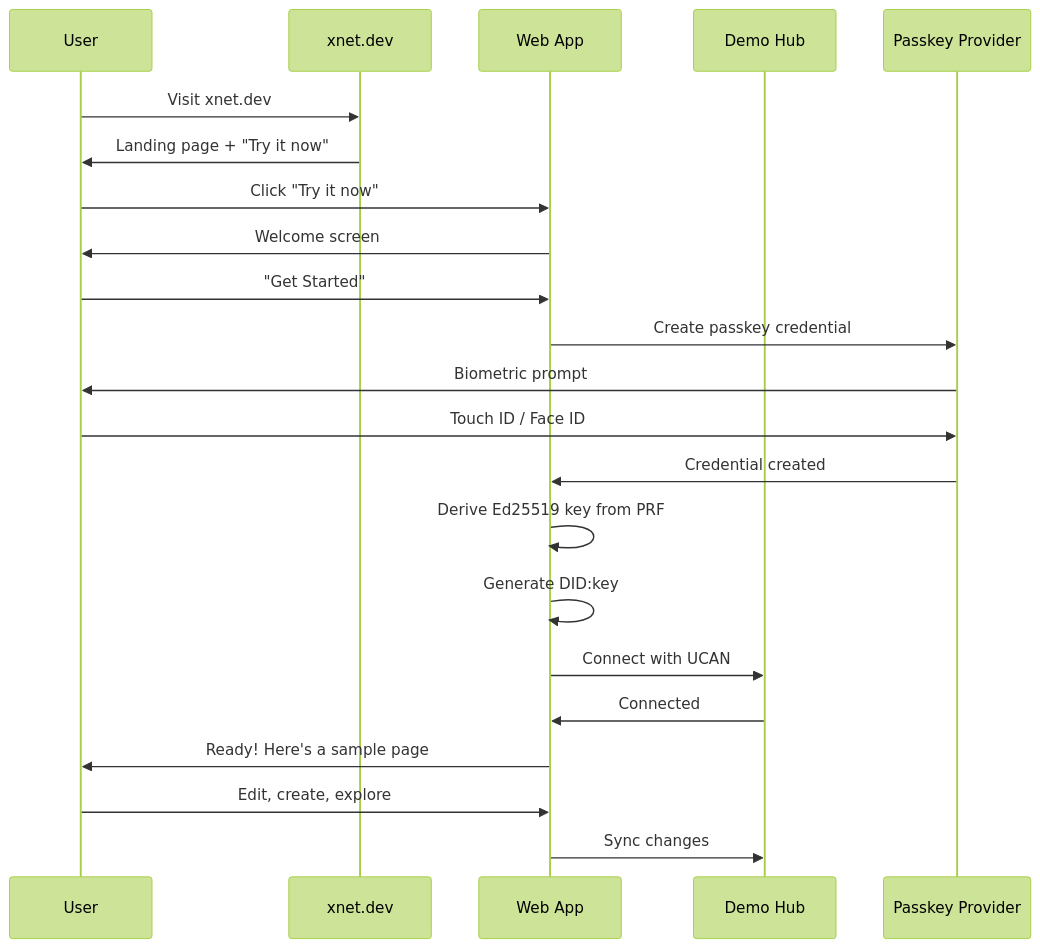
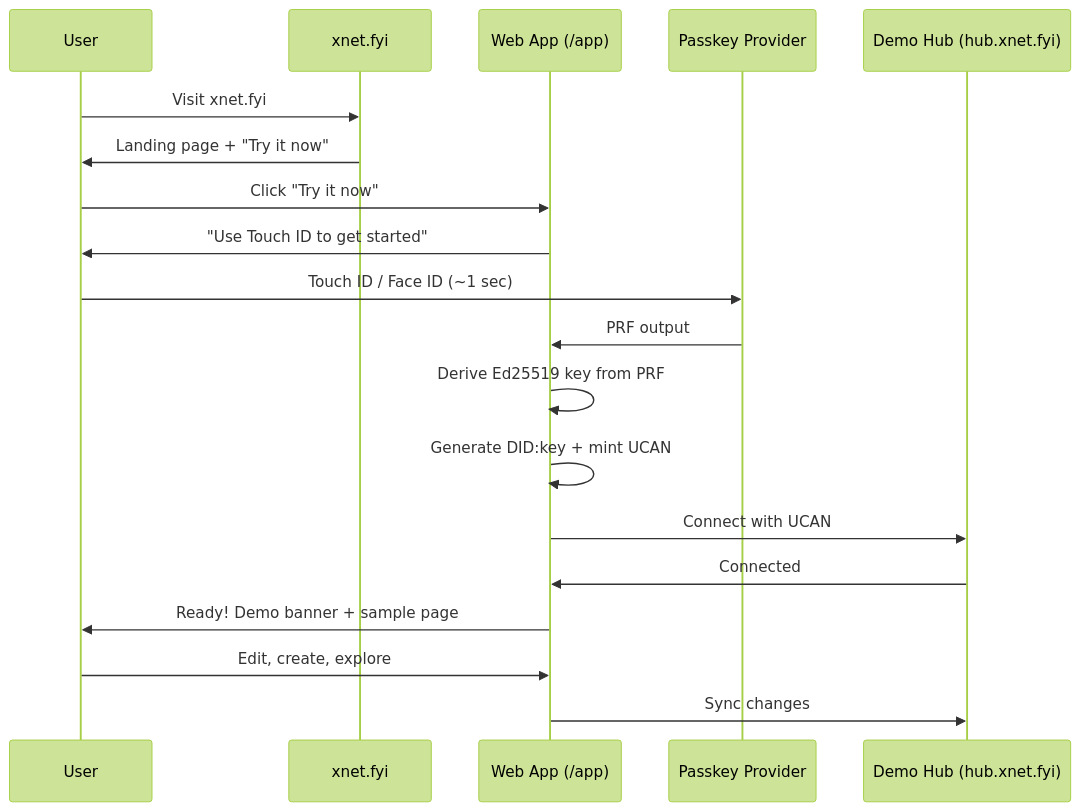
The second of 3 diagrams in docs/planStep03_91OnboardingAndPolish/README.md (crs48/xNet), drawn with Mermaid (forest theme) before and after one commit. The commit also changed other lines of this file and 9 other files, not shown here.

First line of the commit message:
docs: update onboarding plan for passkey-first auth, Railway demo hub, and xnet.fyi domain

````diff
--- a/docs/planStep03_91OnboardingAndPolish/README.md
+++ b/docs/planStep03_91OnboardingAndPolish/README.md
@@ -270,29 +272,25 @@
 ```mermaid
 sequenceDiagram
     participant User
-    participant Site as xnet.dev
-    participant Web as Web App
-    participant Hub as Demo Hub
+    participant Site as xnet.fyi
+    participant Web as Web App (/app)
     participant Passkey as Passkey Provider
+    participant Hub as Demo Hub (hub.xnet.fyi)
 
-    User->>Site: Visit xnet.dev
+    User->>Site: Visit xnet.fyi
     Site->>User: Landing page + "Try it now"
     User->>Web: Click "Try it now"
-    Web->>User: Welcome screen
+    Web->>User: "Use Touch ID to get started"
 
-    User->>Web: "Get Started"
-    Web->>Passkey: Create passkey credential
-    Passkey->>User: Biometric prompt
-    User->>Passkey: Touch ID / Face ID
-    Passkey->>Web: Credential created
-
+    User->>Passkey: Touch ID / Face ID (~1 sec)
+    Passkey->>Web: PRF output
     Web->>Web: Derive Ed25519 key from PRF
-    Web->>Web: Generate DID:key
+    Web->>Web: Generate DID:key + mint UCAN
 
     Web->>Hub: Connect with UCAN
     Hub->>Web: Connected
 
-    Web->>User: Ready! Here's a sample page
+    Web->>User: Ready! Demo banner + sample page
     User->>Web: Edit, create, explore
     Web->>Hub: Sync changes
 ```
````
